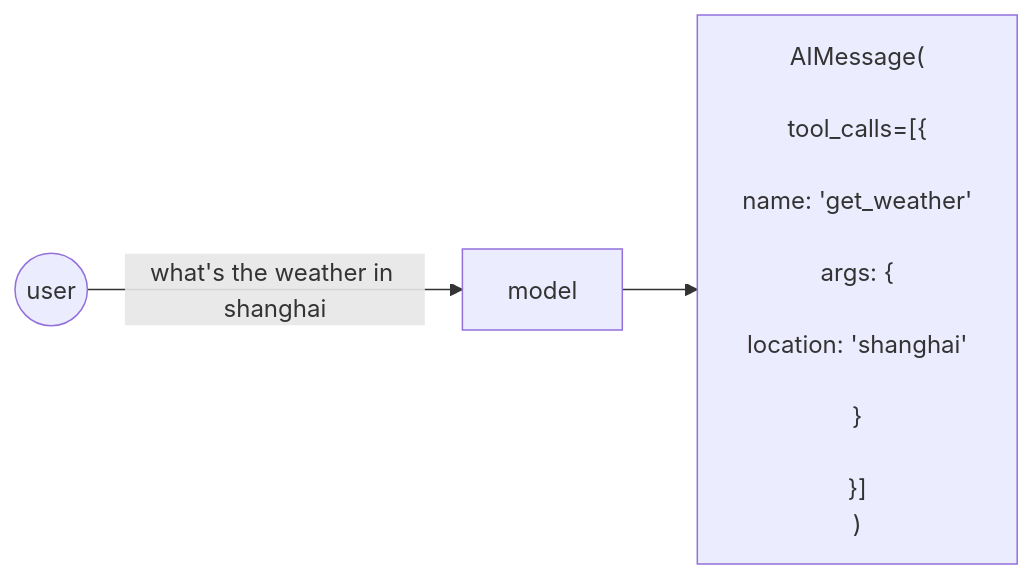
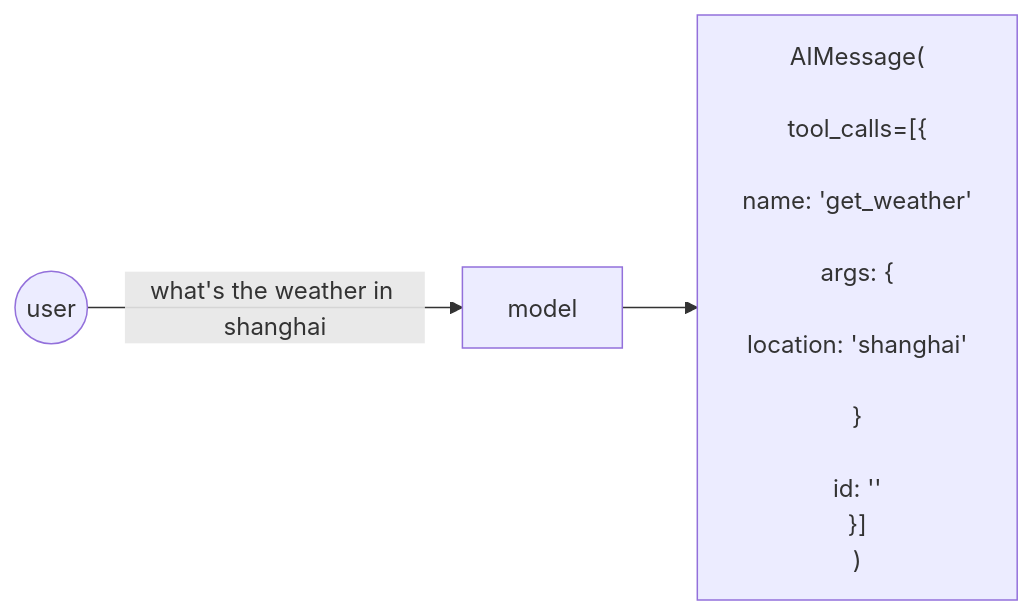
One commit to ka1fe1/iodraw-files changed the diagram in all/未命名-28.md. Above: the diagram before and after it, drawn with Mermaid.

Commit message:
2024-10-22 17:46:02 update

````diff
--- a/all/未命名-28.md
+++ b/all/未命名-28.md
@@ -1,15 +1,16 @@
 ```mermaid
 flowchart LR
     s1((user))
     s2["model"]
     s3["AIMessage(<br>
         tool_calls=[{<br>
             name: 'get_weather'<br>
             args: {<br>
                 location: 'shanghai'<br>
             }<br>
+            id: ''
         }]
     )"]
 
     s1 -->|what's the weather in shanghai| s2 --> s3
 ```
````
